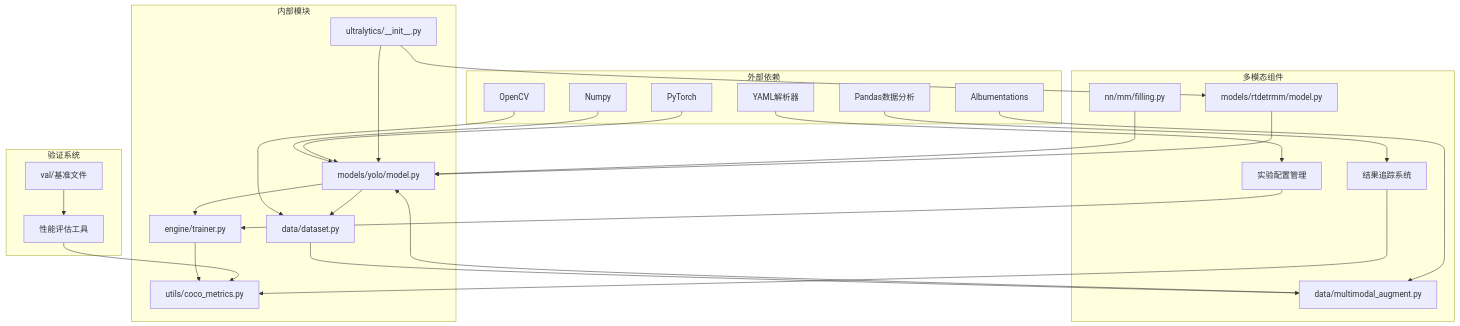
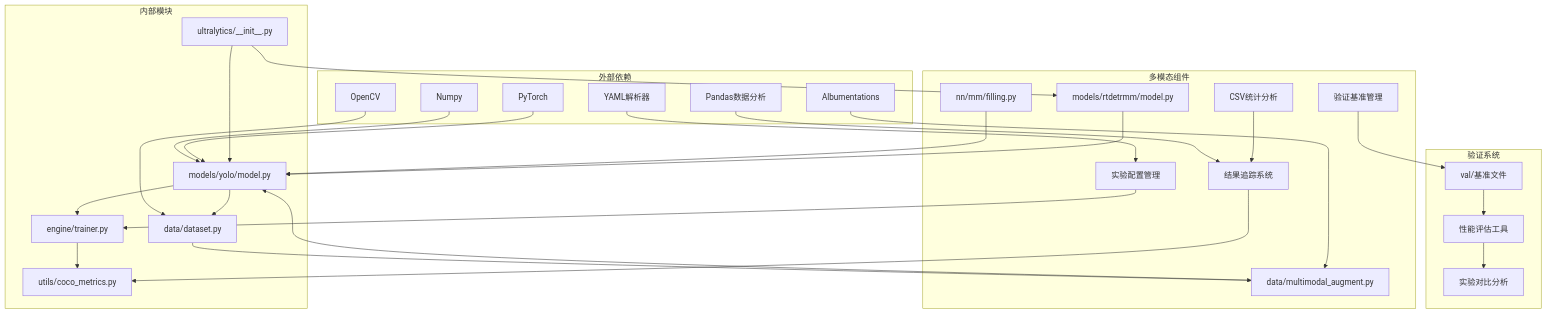
Before and after one commit to 2208754827/MM-IMPROVE: the ninth of 9 diagrams in .qoder/repowiki/zh/content/模型配置与管理/训练配置管理/多模态训练验证系统.md, drawn with Mermaid. The commit also changed other lines of this file and 411 other files, not shown here.

````diff
--- a/.qoder/repowiki/zh/content/模型配置与管理/训练配置管理/多模态训练验证系统.md
+++ b/.qoder/repowiki/zh/content/模型配置与管理/训练配置管理/多模态训练验证系统.md
@@ -500,48 +574,53 @@
 ```mermaid
 graph TB
 subgraph "外部依赖"
 A[Numpy]
 B[PyTorch]
 C[OpenCV]
 D[Albumentations]
 E[YAML解析器]
 F[Pandas数据分析]
 end
 subgraph "内部模块"
 G[ultralytics/__init__.py]
 H[models/yolo/model.py]
 I[data/dataset.py]
 J[engine/trainer.py]
 K[utils/coco_metrics.py]
 end
 subgraph "多模态组件"
 L[nn/mm/filling.py]
 M[data/multimodal_augment.py]
 N[models/rtdetrmm/model.py]
 O[实验配置管理]
 P[结果追踪系统]
+Q[CSV统计分析]
+R[验证基准管理]
 end
 subgraph "验证系统"
-Q[val/基准文件]
-R[性能评估工具]
+S[val/基准文件]
+T[性能评估工具]
+U[实验对比分析]
 end
 A --> H
 B --> H
 C --> I
 D --> M
 E --> O
 F --> P
 G --> H
 G --> N
 H --> I
 H --> J
 I --> M
 J --> K
 L --> H
 M --> H
 N --> H
 O --> J
 P --> K
-Q --> R
-R --> K
+Q --> P
+R --> S
+S --> T
+T --> U
 ```
````
